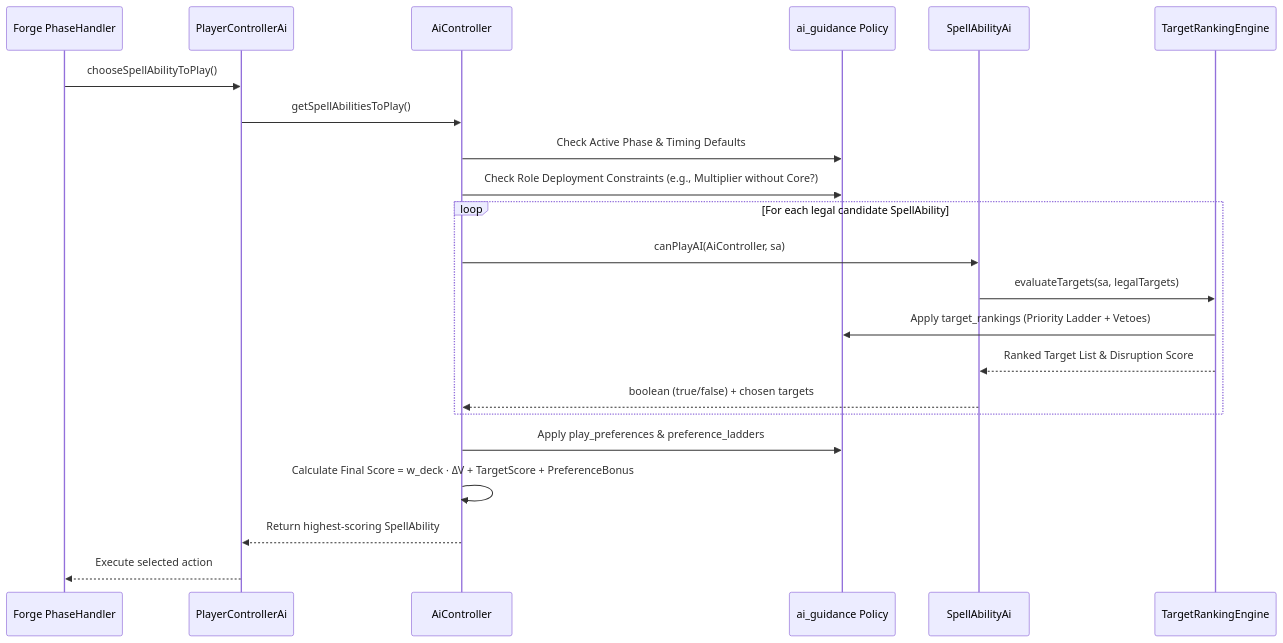
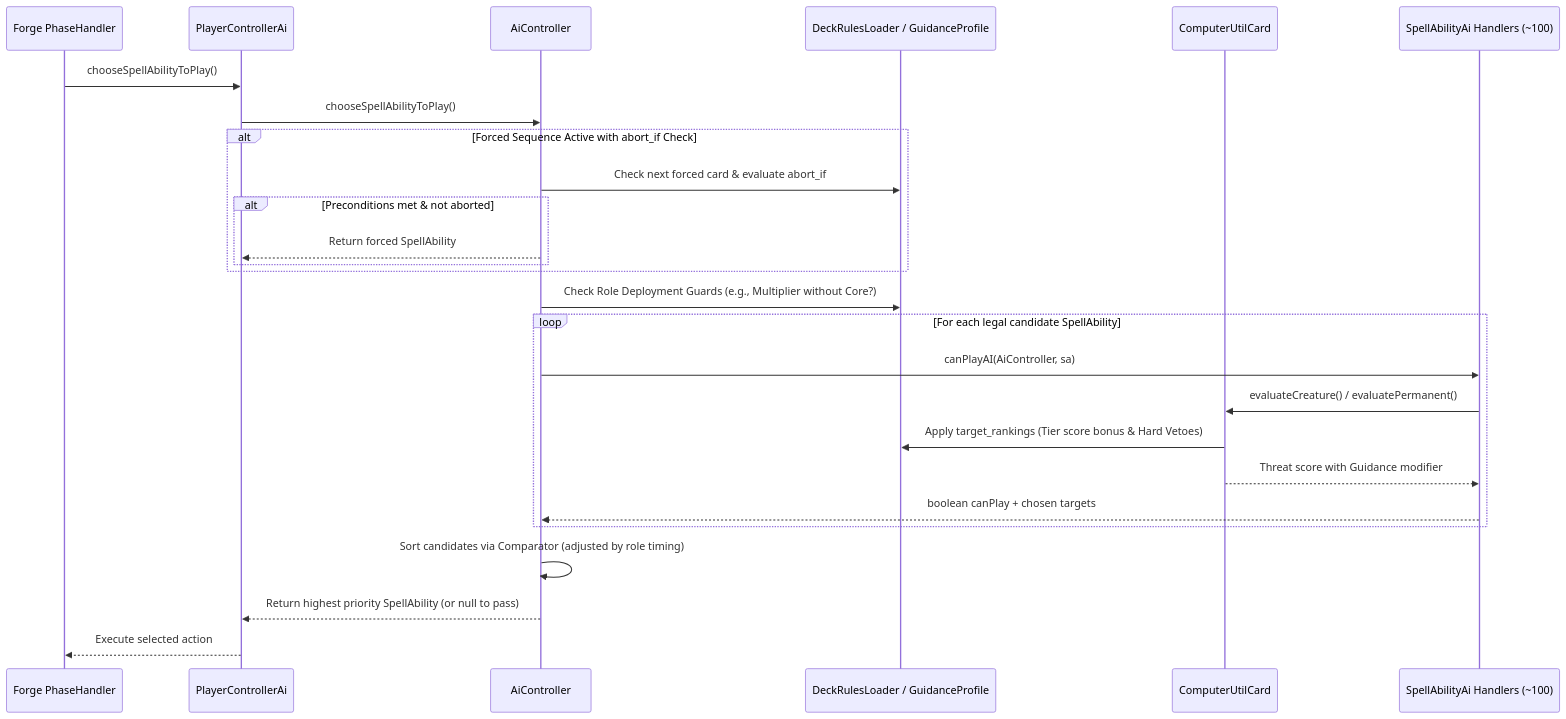
The third of 5 diagrams in spec/ai-play-guidance-spec.md (killriam/mtg-replay-notation), drawn with Mermaid before and after one commit. The commit also changed other lines of this file and 1 other file, not shown here.

Commit message:
docs(forge): ground Forge AI integration hooks with real codebase architecture

````diff
--- a/spec/ai-play-guidance-spec.md
+++ b/spec/ai-play-guidance-spec.md
@@ -633,28 +632,33 @@
 ```mermaid
 sequenceDiagram
     participant Engine as Forge PhaseHandler
     participant PCAi as PlayerControllerAi
     participant AiCtrl as AiController
-    participant Guidance as ai_guidance Policy
-    participant AbilityAi as SpellAbilityAi
-    participant TargetHook as TargetRankingEngine
+    participant Guidance as DeckRulesLoader / GuidanceProfile
+    participant UtilCard as ComputerUtilCard
+    participant Handler as SpellAbilityAi Handlers (~100)
 
     Engine->>PCAi: chooseSpellAbilityToPlay()
-    PCAi->>AiCtrl: getSpellAbilitiesToPlay()
-    
-    AiCtrl->>Guidance: Check Active Phase & Timing Defaults
-    AiCtrl->>Guidance: Check Role Deployment Constraints (e.g., Multiplier without Core?)
+    PCAi->>AiCtrl: chooseSpellAbilityToPlay()
+
+    alt Forced Sequence Active with abort_if Check
+        AiCtrl->>Guidance: Check next forced card & evaluate abort_if
+        alt Preconditions met & not aborted
+            AiCtrl-->>PCAi: Return forced SpellAbility
+        end
+    end
+
+    AiCtrl->>Guidance: Check Role Deployment Guards (e.g., Multiplier without Core?)
     
     loop For each legal candidate SpellAbility
-        AiCtrl->>AbilityAi: canPlayAI(AiController, sa)
-        AbilityAi->>TargetHook: evaluateTargets(sa, legalTargets)
-        TargetHook->>Guidance: Apply target_rankings (Priority Ladder + Vetoes)
-        TargetHook-->>AbilityAi: Ranked Target List & Disruption Score
-        AbilityAi-->>AiCtrl: boolean (true/false) + chosen targets
+        AiCtrl->>Handler: canPlayAI(AiController, sa)
+        Handler->>UtilCard: evaluateCreature() / evaluatePermanent()
+        UtilCard->>Guidance: Apply target_rankings (Tier score bonus & Hard Vetoes)
+        UtilCard-->>Handler: Threat score with Guidance modifier
+        Handler-->>AiCtrl: boolean canPlay + chosen targets
     end
 
-    AiCtrl->>Guidance: Apply play_preferences & preference_ladders
-    AiCtrl->>AiCtrl: Calculate Final Score = w_deck · ΔV + TargetScore + PreferenceBonus
-    AiCtrl-->>PCAi: Return highest-scoring SpellAbility
+    AiCtrl->>AiCtrl: Sort candidates via Comparator (adjusted by role timing)
+    AiCtrl-->>PCAi: Return highest priority SpellAbility (or null to pass)
     PCAi-->>Engine: Execute selected action
 ```
````
